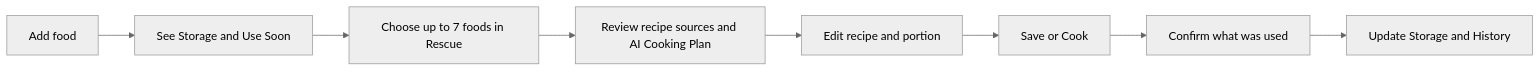
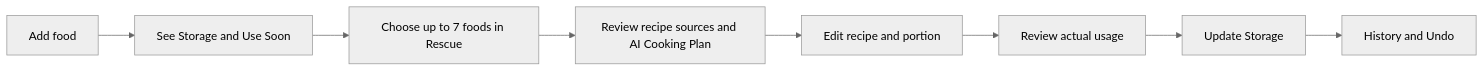
The first of 2 diagrams in README.md (jyfmidi/FridgePal), drawn with Mermaid (neutral theme) before and after one commit. The commit also changed other lines of this file and 16 other files, not shown here.

````diff
--- a/README.md
+++ b/README.md
@@ -23,10 +41,10 @@
 ```mermaid
 flowchart LR
     A["Add food"] --> B["See Storage and Use Soon"]
     B --> C["Choose up to 7 foods in Rescue"]
     C --> D["Review recipe sources and AI Cooking Plan"]
     D --> E["Edit recipe and portion"]
-    E --> F["Save or Cook"]
-    F --> G["Confirm what was used"]
-    G --> H["Update Storage and History"]
+    E --> F["Review actual usage"]
+    F --> G["Update Storage"]
+    G --> H["History and Undo"]
 ```
````
